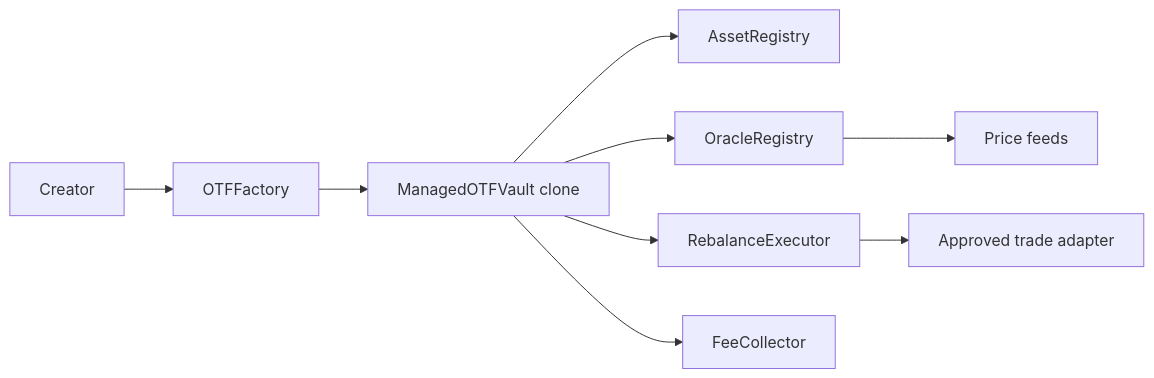
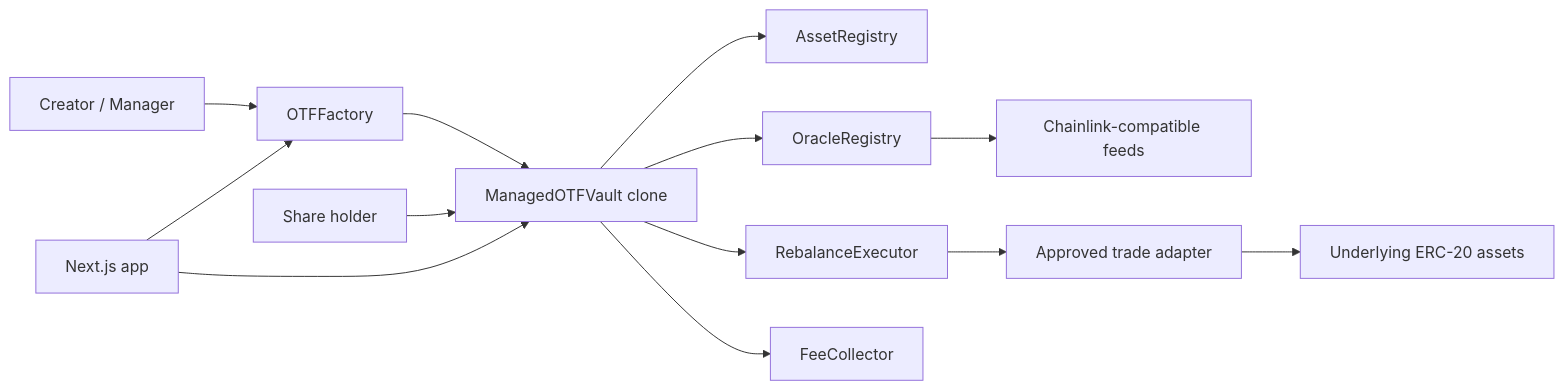
Before and after one commit to han1ue/onchaintradedfunds: the diagram in README.md, drawn with Mermaid. The commit also changed other lines of this file and 9 other files, not shown here.

````diff
--- a/README.md
+++ b/README.md
@@ -9,11 +56,15 @@
 ```mermaid
 flowchart LR
-  Creator --> Factory[OTFFactory]
-  Factory --> Vault[ManagedOTFVault clone]
-  Vault --> Registry[AssetRegistry]
-  Vault --> Oracles[OracleRegistry]
-  Oracles --> Feeds[Price feeds]
-  Vault --> Executor[RebalanceExecutor]
+  Creator[Creator / Manager] --> Factory[OTFFactory]
+  Factory --> Clone[ManagedOTFVault clone]
+  Clone --> Registry[AssetRegistry]
+  Clone --> OracleRegistry[OracleRegistry]
+  OracleRegistry --> Feeds[Chainlink-compatible feeds]
+  Clone --> Executor[RebalanceExecutor]
   Executor --> Adapter[Approved trade adapter]
-  Vault --> Collector[FeeCollector]
+  Adapter --> Tokens[Underlying ERC-20 assets]
+  Clone --> Collector[FeeCollector]
+  User[Share holder] --> Clone
+  App[Next.js app] --> Factory
+  App --> Clone
 ```
````
